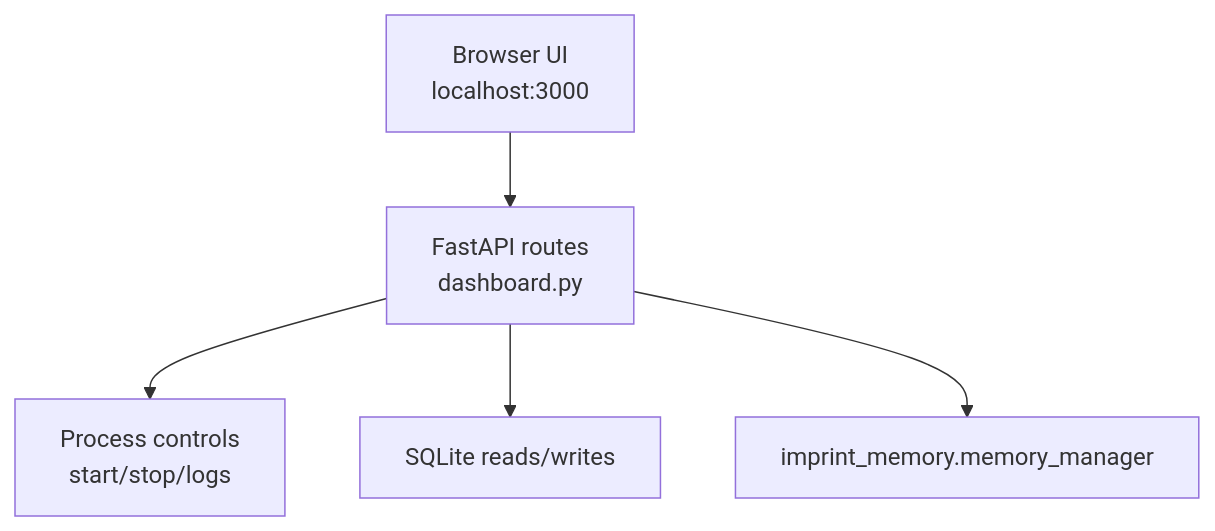
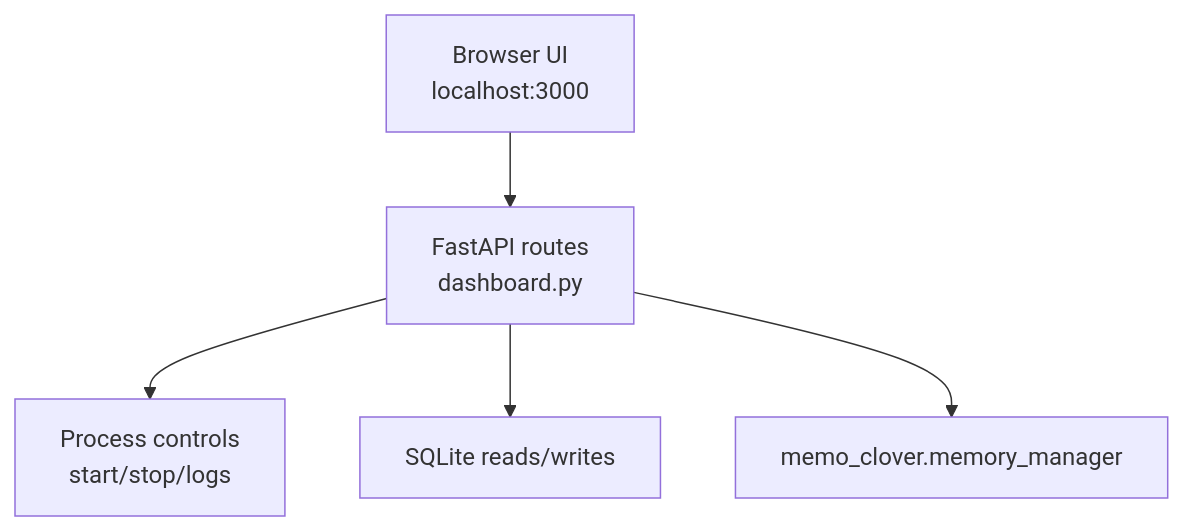
Before and after one commit to yanyan1115/claude-imprint: the eighth of 10 diagrams in docs/architecture.md, drawn with Mermaid. The commit also changed other lines of this file and 37 other files, not shown here.

Commit message:
feat: 🍀 migrate memory core to MemoClover ecosystem

````diff
--- a/docs/architecture.md
+++ b/docs/architecture.md
@@ -467,13 +467,13 @@
 ```mermaid
 flowchart TD
     UI["Browser UI<br/>localhost:3000"]
     API["FastAPI routes<br/>dashboard.py"]
     PROC["Process controls<br/>start/stop/logs"]
     DBREAD["SQLite reads/writes"]
-    MEMAPI["imprint_memory.memory_manager"]
+    MEMAPI["memo_clover.memory_manager"]
 
     UI --> API
     API --> PROC
     API --> DBREAD
     API --> MEMAPI
 ```
````
